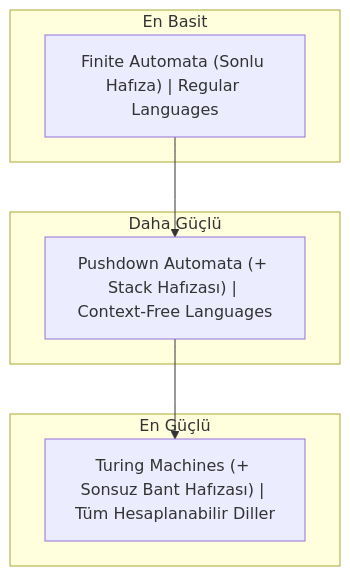
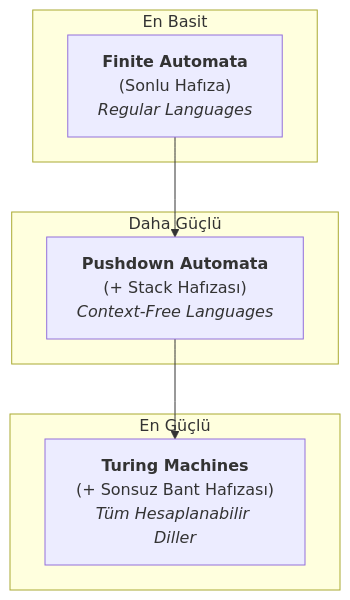
The diagram in automata-theory/01-teoriye-giris-ve-temel-kavramlar.md (tozenbilek/tozenbilek.github.io), drawn with Mermaid before and after one commit.

Commit message:
Enhance Markdown formatting in automata theory documentation by adding HTML tags for improved visual clarity in diagram labels. This update emphasizes key concepts in finite automata, pushdown automata, and Turing machines, enhancing the overall presentation and accessibility of the content.

````diff
--- a/automata-theory/01-teoriye-giris-ve-temel-kavramlar.md
+++ b/automata-theory/01-teoriye-giris-ve-temel-kavramlar.md
@@ -70,16 +70,16 @@
 ```mermaid
 graph TD
     subgraph "En Basit"
-        A["Finite Automata (Sonlu Hafıza) | Regular Languages"]
+        A["<b>Finite Automata</b><br>(Sonlu Hafıza)<br><i>Regular Languages</i>"]
     end
     
     subgraph "Daha Güçlü"
-        B["Pushdown Automata (+ Stack Hafızası) | Context-Free Languages"]
+        B["<b>Pushdown Automata</b><br>(+ Stack Hafızası)<br><i>Context-Free Languages</i>"]
     end
 
     subgraph "En Güçlü"
-        C["Turing Machines (+ Sonsuz Bant Hafızası) | Tüm Hesaplanabilir Diller"]
+        C["<b>Turing Machines</b><br>(+ Sonsuz Bant Hafızası)<br><i>Tüm Hesaplanabilir Diller</i>"]
     end
 
     A --> B --> C
 ```
````
